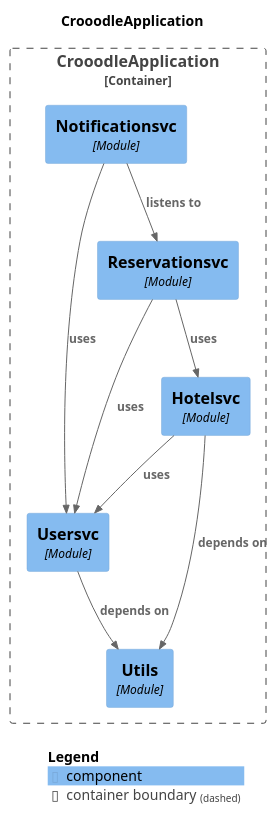
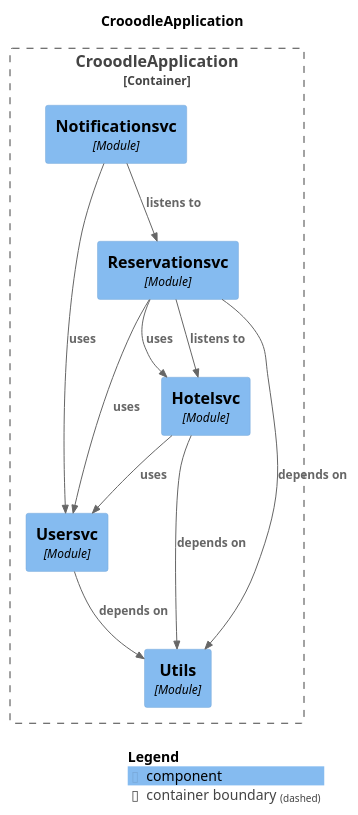
Before and after one commit to rchuk/crooodle: the diagram in backend/docs/components.puml, drawn with PlantUML. The commit also changed 2 other files, not shown here.

```diff
--- a/backend/docs/components.puml
+++ b/backend/docs/components.puml
@@ -1,28 +1,30 @@
 @startuml
 set separator none
 title CrooodleApplication
 
 top to bottom direction
 
 !include <C4/C4>
 !include <C4/C4_Context>
 !include <C4/C4_Component>
 
 Container_Boundary("CrooodleApplication.CrooodleApplication_boundary", "CrooodleApplication", $tags="") {
   Component(CrooodleApplication.CrooodleApplication.Utils, "Utils", $techn="Module", $descr="", $tags="", $link="")
   Component(CrooodleApplication.CrooodleApplication.Usersvc, "Usersvc", $techn="Module", $descr="", $tags="", $link="")
   Component(CrooodleApplication.CrooodleApplication.Hotelsvc, "Hotelsvc", $techn="Module", $descr="", $tags="", $link="")
   Component(CrooodleApplication.CrooodleApplication.Reservationsvc, "Reservationsvc", $techn="Module", $descr="", $tags="", $link="")
   Component(CrooodleApplication.CrooodleApplication.Notificationsvc, "Notificationsvc", $techn="Module", $descr="", $tags="", $link="")
 }
 
+Rel(CrooodleApplication.CrooodleApplication.Reservationsvc, CrooodleApplication.CrooodleApplication.Utils, "depends on", $techn="", $tags="", $link="")
 Rel(CrooodleApplication.CrooodleApplication.Reservationsvc, CrooodleApplication.CrooodleApplication.Hotelsvc, "uses", $techn="", $tags="", $link="")
 Rel(CrooodleApplication.CrooodleApplication.Reservationsvc, CrooodleApplication.CrooodleApplication.Usersvc, "uses", $techn="", $tags="", $link="")
 Rel(CrooodleApplication.CrooodleApplication.Hotelsvc, CrooodleApplication.CrooodleApplication.Utils, "depends on", $techn="", $tags="", $link="")
 Rel(CrooodleApplication.CrooodleApplication.Hotelsvc, CrooodleApplication.CrooodleApplication.Usersvc, "uses", $techn="", $tags="", $link="")
 Rel(CrooodleApplication.CrooodleApplication.Notificationsvc, CrooodleApplication.CrooodleApplication.Reservationsvc, "listens to", $techn="", $tags="", $link="")
 Rel(CrooodleApplication.CrooodleApplication.Notificationsvc, CrooodleApplication.CrooodleApplication.Usersvc, "uses", $techn="", $tags="", $link="")
 Rel(CrooodleApplication.CrooodleApplication.Usersvc, CrooodleApplication.CrooodleApplication.Utils, "depends on", $techn="", $tags="", $link="")
+Rel(CrooodleApplication.CrooodleApplication.Reservationsvc, CrooodleApplication.CrooodleApplication.Hotelsvc, "listens to", $techn="", $tags="", $link="")
 
 SHOW_LEGEND(true)
 @enduml
```
